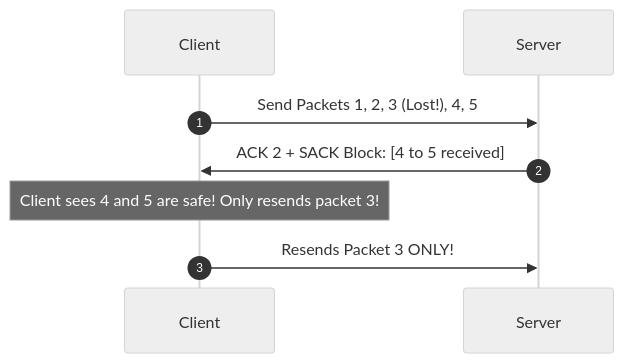
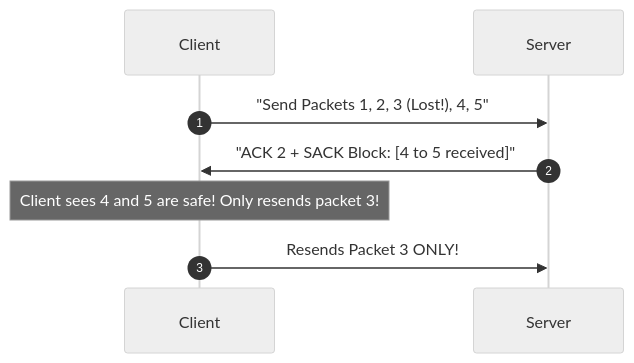
Diagram 37 of 41 in content/networking.md (awoladhossain/awolad-docs), drawn with Mermaid (neutral theme) before and after one commit. The commit also changed other lines of this file, not shown here.

Commit message:
fix: sanitize all sequence diagrams in networking.md by escaping special characters and declaring participants to avoid browser rendering errors

````diff
--- a/content/networking.md
+++ b/content/networking.md
@@ -1238,8 +1243,8 @@
 ```mermaid
 sequenceDiagram
     autonumber
-    Client->>Server: Send Packets 1, 2, 3 (Lost!), 4, 5
-    Server->>Client: ACK 2 + SACK Block: [4 to 5 received]
+    Client->>Server: "Send Packets 1, 2, 3 (Lost!), 4, 5"
+    Server->>Client: "ACK 2 + SACK Block: [4 to 5 received]"
     Note over Client: Client sees 4 and 5 are safe! Only resends packet 3!
     Client->>Server: Resends Packet 3 ONLY!
 ```
````
